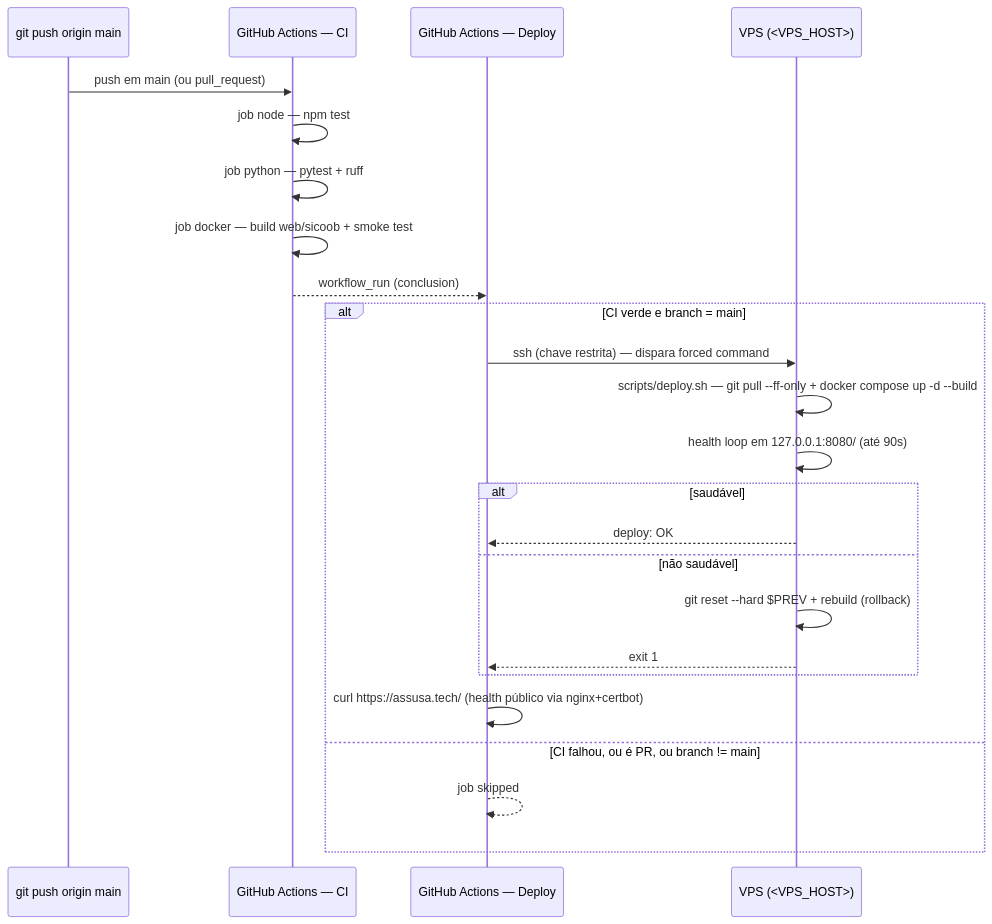
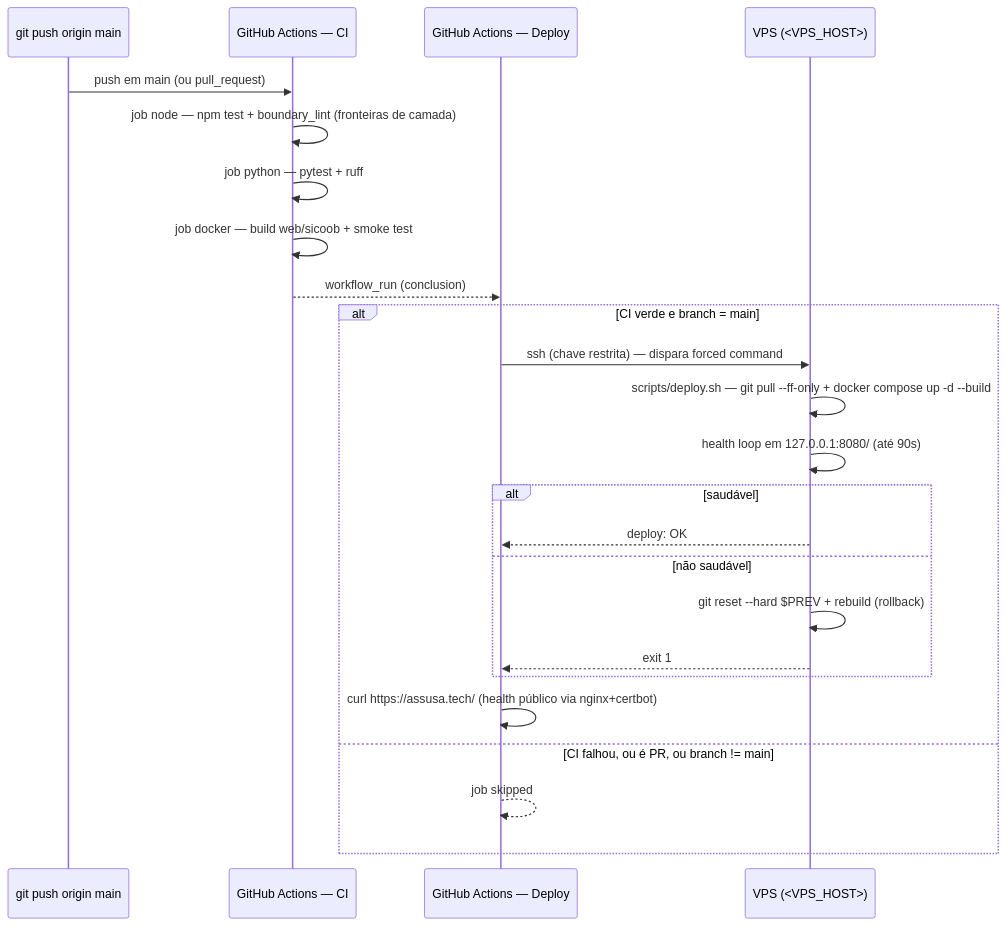
Before and after one commit to joaovianaamr/Assusa: the diagram in docs/deploy.md, drawn with Mermaid. The commit also changed other lines of this file and 6 other files, not shown here.

````diff
--- a/docs/deploy.md
+++ b/docs/deploy.md
@@ -9,27 +9,27 @@
 ```mermaid
 sequenceDiagram
     participant Dev as git push origin main
     participant CI as GitHub Actions — CI
     participant Deploy as GitHub Actions — Deploy
     participant VPS as VPS (<VPS_HOST>)
 
     Dev->>CI: push em main (ou pull_request)
-    CI->>CI: job node — npm test
+    CI->>CI: job node — npm test + boundary_lint (fronteiras de camada)
     CI->>CI: job python — pytest + ruff
     CI->>CI: job docker — build web/sicoob + smoke test
     CI-->>Deploy: workflow_run (conclusion)
     alt CI verde e branch = main
         Deploy->>VPS: ssh (chave restrita) — dispara forced command
         VPS->>VPS: scripts/deploy.sh — git pull --ff-only + docker compose up -d --build
         VPS->>VPS: health loop em 127.0.0.1:8080/ (até 90s)
         alt saudável
             VPS-->>Deploy: deploy: OK
         else não saudável
             VPS->>VPS: git reset --hard $PREV + rebuild (rollback)
             VPS-->>Deploy: exit 1
         end
         Deploy->>Deploy: curl https://assusa.tech/ (health público via nginx+certbot)
     else CI falhou, ou é PR, ou branch != main
         Deploy-->>Deploy: job skipped
     end
 ```
````
